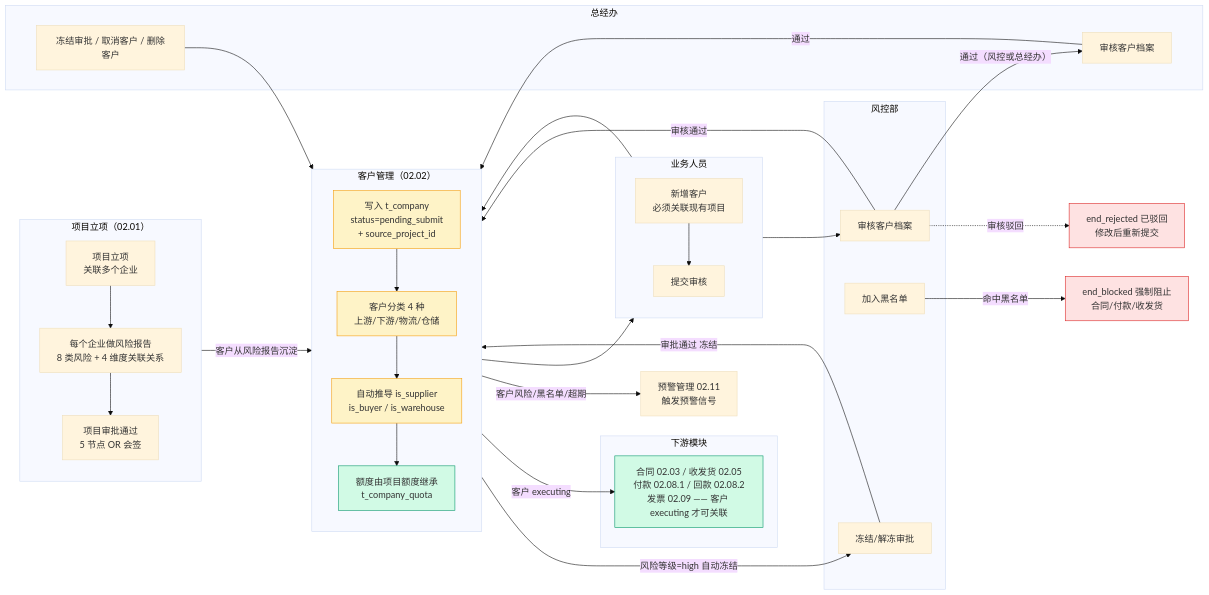
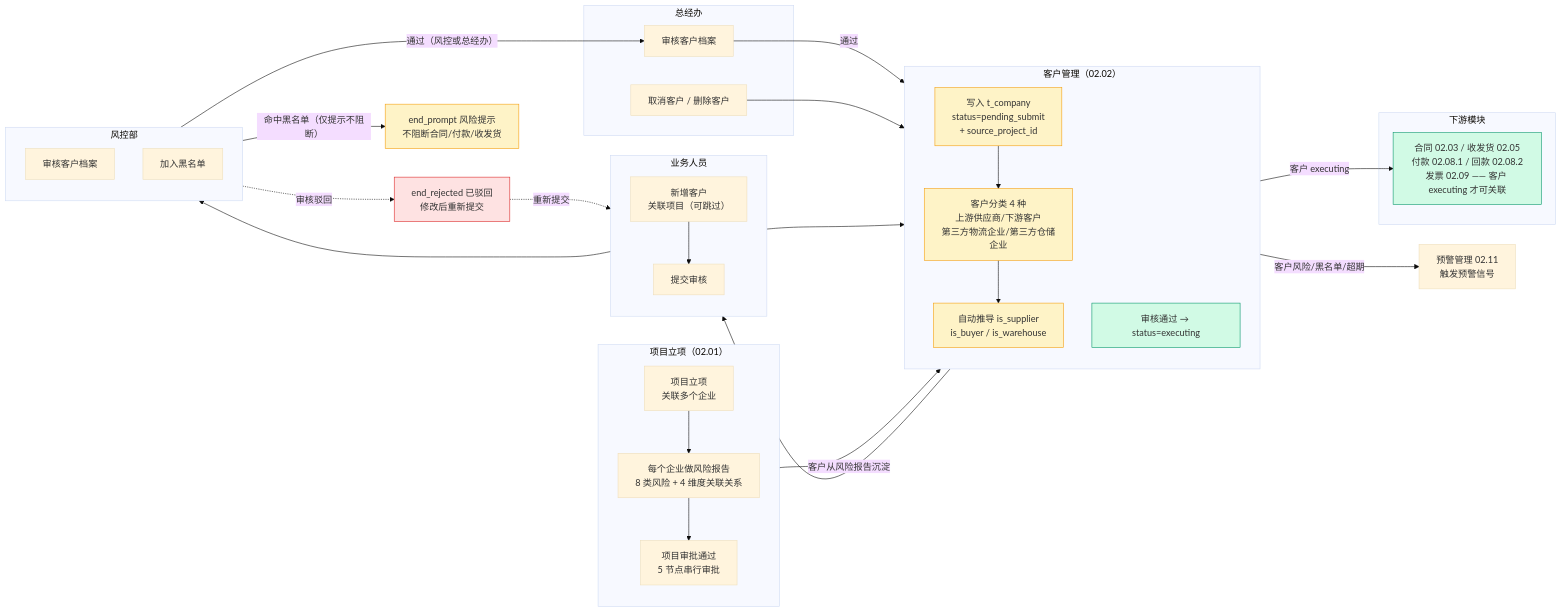
One commit to Ummyue/gyt-admin changed the first of 7 diagrams in docs-v2/02.02-客户管理.md. Above: the diagram before and after it, drawn with Mermaid (base theme). The commit also changed other lines of this file and 40 other files, not shown here.

````diff
--- a/docs-v2/02.02-客户管理.md
+++ b/docs-v2/02.02-客户管理.md
@@ -121,58 +150,57 @@
 ```mermaid
 flowchart LR
     subgraph PROJ["项目立项（02.01）"]
         direction TB
         P1["项目立项<br/>关联多个企业"] --> P2["每个企业做风险报告<br/>8 类风险 + 4 维度关联关系"]
-        P2 --> P3["项目审批通过<br/>5 节点 OR 会签"]
+        P2 --> P3["项目审批通过<br/>5 节点串行审批"]
     end
 
     subgraph BP["业务人员"]
         direction TB
-        B1["新增客户<br/>必须关联现有项目"] --> B2["提交审核"]
+        B1["新增客户<br/>关联项目（可跳过）"] --> B2["提交审核"]
     end
 
     subgraph CUST["客户管理（02.02）"]
         direction TB
         C1["写入 t_company<br/>status=pending_submit<br/>+ source_project_id"]
-        C2["客户分类 4 种<br/>上游/下游/物流/仓储"]
+        C2["客户分类 4 种<br/>上游供应商/下游客户<br/>第三方物流企业/第三方仓储企业"]
         C3["自动推导 is_supplier<br/>is_buyer / is_warehouse"]
-        C4["额度由项目额度继承<br/>t_company_quota"]
-        C1 --> C2 --> C3 --> C4
+        C4["审核通过 → status=executing"]
+        C1 --> C2 --> C3
     end
 
     subgraph RISK["风控部"]
+        direction TB
         R1["审核客户档案"]
         R2["加入黑名单"]
-        R3["冻结/解冻审批"]
     end
 
     subgraph GM["总经办"]
         G1["审核客户档案"]
-        G2["冻结审批 / 取消客户 / 删除客户"]
+        G2["取消客户 / 删除客户"]
     end
 
     subgraph DOWN["下游模块"]
         D1["合同 02.03 / 收发货 02.05<br/>付款 02.08.1 / 回款 02.08.2<br/>发票 02.09 —— 客户 executing 才可关联"]
     end
 
     P3 -->|"客户从风险报告沉淀"| C1
     B1 --> C1
-    C2 --> B2 --> R1
-    R1 -->|"审核通过"| C3
+    C3 --> B2 --> R1
     R1 -.->|"审核驳回"| END_REJ["end_rejected 已驳回<br/>修改后重新提交"]
+    END_REJ -.->|"重新提交"| B2
     R1 -->|"通过（风控或总经办）"| G1
     G1 -->|"通过"| C4
-    C3 -->|"风险等级=high 自动冻结"| R3
-    R2 -->|"命中黑名单"| END_BL["end_blocked 强制阻止<br/>合同/付款/收发货"]
-    R3 -->|"审批通过 冻结"| C4
+    R2 -->|"命中黑名单（仅提示不阻断）"| END_BL["end_prompt 风险提示<br/>不阻断合同/付款/收发货"]
     G2 --> C4
     C4 -->|"客户 executing"| D1
     C4 -->|"客户风险/黑名单/超期"| D2["预警管理 02.11<br/>触发预警信号"]
 
     classDef danger fill:#fee2e2,stroke:#dc2626
     classDef ok fill:#d1fae5,stroke:#059669
     classDef sys fill:#fef3c7,stroke:#f59e0b
-    class END_REJ,END_BL danger
+    class END_REJ danger
+    class END_BL sys
     class C4,D1 ok
     class C1,C2,C3 sys
 ```
````
